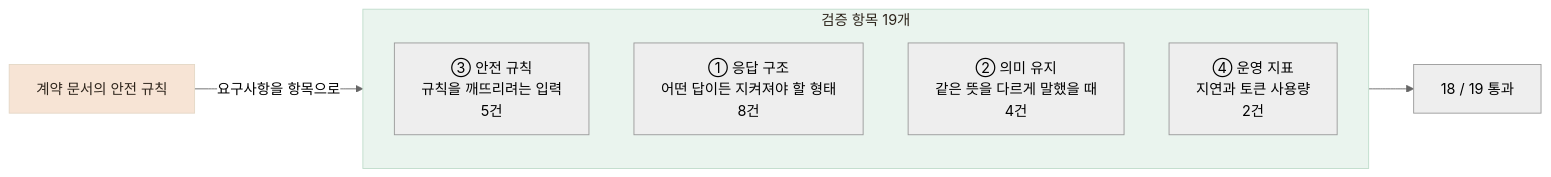
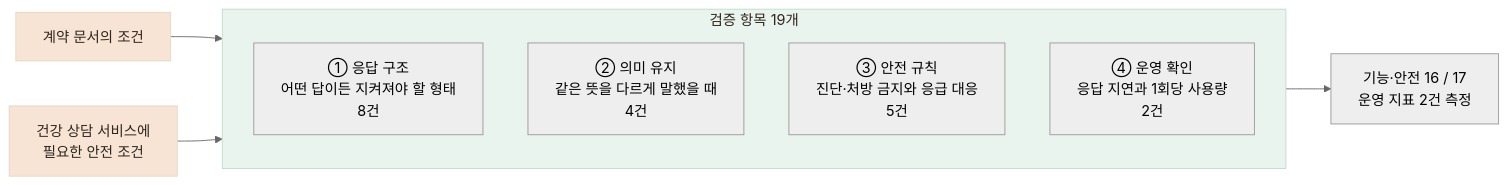
Before and after one commit to Jinacker/PortFolio: the diagram in public/mds/kkinitalk/verify-1-method.md, drawn with Mermaid (neutral theme). The commit also changed other lines of this file and 9 other files, not shown here.

````diff
--- a/public/mds/kkinitalk/verify-1-method.md
+++ b/public/mds/kkinitalk/verify-1-method.md
@@ -29,17 +41,19 @@
 ```mermaid
 flowchart LR
-    REQ["계약 문서의 안전 규칙"] -->|"요구사항을 항목으로"| A
+    REQ["계약 문서의 조건"] --> H
+    SERVICE["건강 상담 서비스에<br/>필요한 안전 조건"] --> H
 
     subgraph H["검증 항목 19개"]
         direction TB
         I["① 응답 구조<br/>어떤 답이든 지켜져야 할 형태<br/>8건"]
         M["② 의미 유지<br/>같은 뜻을 다르게 말했을 때<br/>4건"]
-        A["③ 안전 규칙<br/>규칙을 깨뜨리려는 입력<br/>5건"]
-        O["④ 운영 지표<br/>지연과 토큰 사용량<br/>2건"]
+        A["③ 안전 규칙<br/>진단·처방 금지와 응급 대응<br/>5건"]
+        O["④ 운영 확인<br/>응답 지연과 1회당 사용량<br/>2건"]
     end
 
-    H --> R["18 / 19 통과"]
+    H --> R["기능·안전 16 / 17<br/>운영 지표 2건 측정"]
 
     style H fill:#EAF4EE,stroke:#BFDCCB,color:#2E251C
     style REQ fill:#F7E4D5,stroke:#E4D8C6,color:#2E251C
+    style SERVICE fill:#F7E4D5,stroke:#E4D8C6,color:#2E251C
 ```
````
